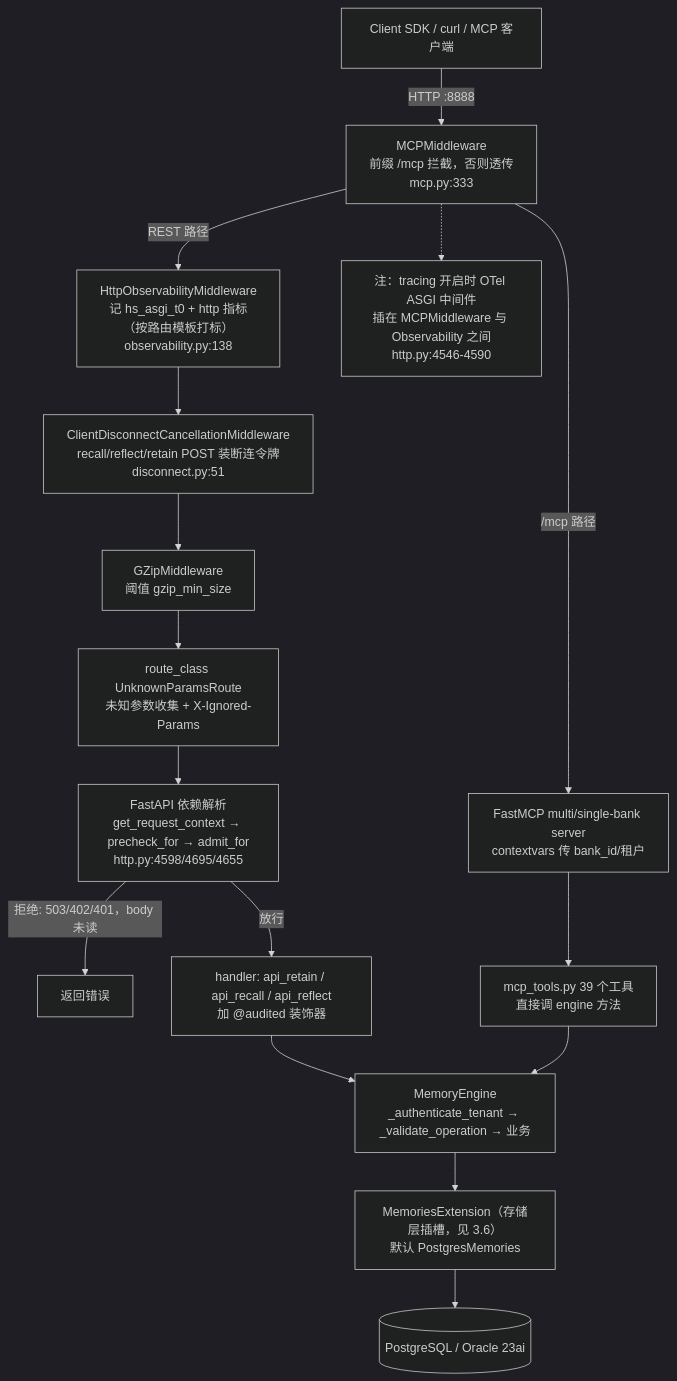
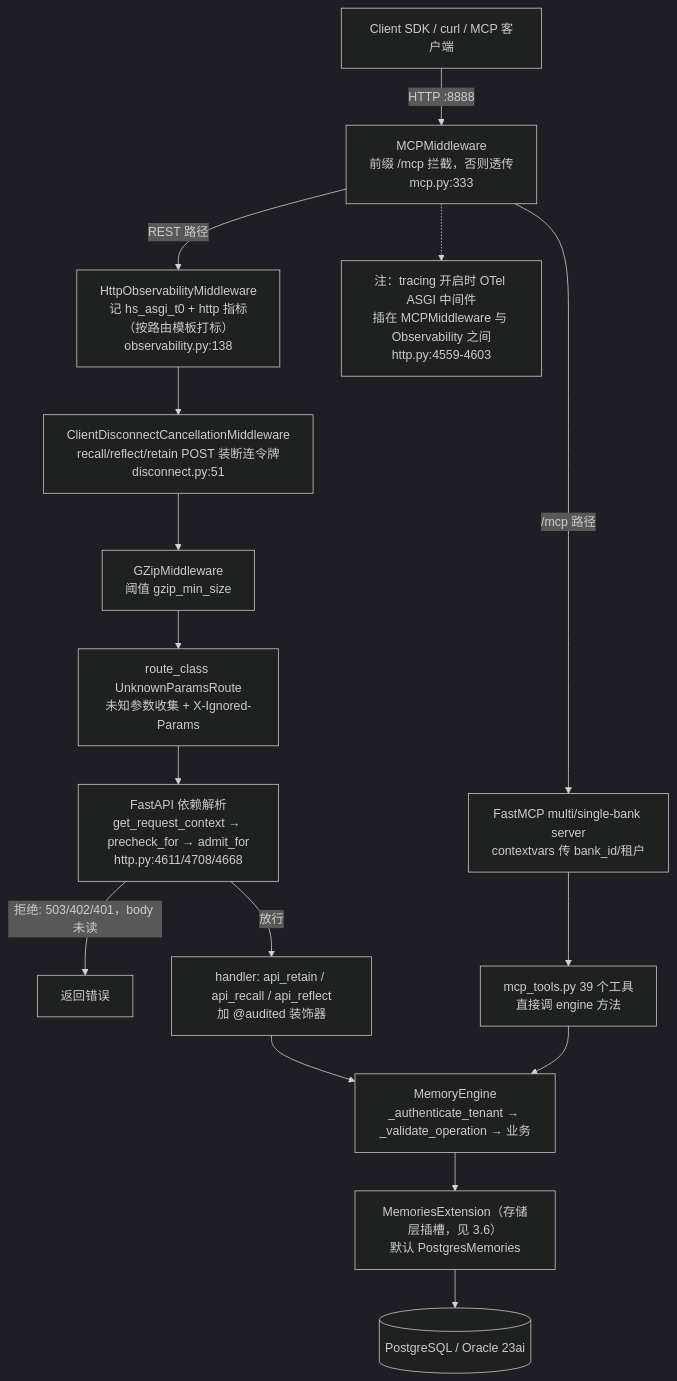
One commit to stefanv5/memory-platform-architecture changed the third of 7 diagrams in docs/hindsight/source-study/06-api-层与服务形态.md. Above: the diagram before and after it, drawn with Mermaid (dark theme). The commit also changed other lines of this file and 10 other files, not shown here.

````diff
--- a/docs/hindsight/source-study/06-api-层与服务形态.md
+++ b/docs/hindsight/source-study/06-api-层与服务形态.md
@@ -265,18 +272,18 @@
 ```mermaid
 flowchart TD
     C["Client SDK / curl / MCP 客户端"] -->|"HTTP :8888"| MW1["MCPMiddleware<br/>前缀 /mcp 拦截，否则透传<br/>mcp.py:333"]
     MW1 -->|"REST 路径"| MW2["HttpObservabilityMiddleware<br/>记 hs_asgi_t0 + http 指标（按路由模板打标）<br/>observability.py:138"]
     MW2 --> MW3["ClientDisconnectCancellationMiddleware<br/>recall/reflect/retain POST 装断连令牌<br/>disconnect.py:51"]
     MW3 --> MW4["GZipMiddleware<br/>阈值 gzip_min_size"]
     MW4 --> ROUTE["route_class UnknownParamsRoute<br/>未知参数收集 + X-Ignored-Params"]
-    ROUTE --> DEP["FastAPI 依赖解析<br/>get_request_context → precheck_for → admit_for<br/>http.py:4598/4695/4655"]
+    ROUTE --> DEP["FastAPI 依赖解析<br/>get_request_context → precheck_for → admit_for<br/>http.py:4611/4708/4668"]
     DEP -->|"拒绝: 503/402/401，body 未读"| OUT["返回错误"]
     DEP -->|"放行"| HANDLER["handler: api_retain / api_recall / api_reflect<br/>加 @audited 装饰器"]
     HANDLER --> ENG["MemoryEngine<br/>_authenticate_tenant → _validate_operation → 业务"]
     ENG --> MEMO["MemoriesExtension（存储层插槽，见 3.6）<br/>默认 PostgresMemories"]
     MEMO --> DB[("PostgreSQL / Oracle 23ai")]
     MW1 -->|"/mcp 路径"| FASTMCP["FastMCP multi/single-bank server<br/>contextvars 传 bank_id/租户"]
-    MW1 -.-> OTELNOTE["注：tracing 开启时 OTel ASGI 中间件<br/>插在 MCPMiddleware 与 Observability 之间<br/>http.py:4546-4590"]
+    MW1 -.-> OTELNOTE["注：tracing 开启时 OTel ASGI 中间件<br/>插在 MCPMiddleware 与 Observability 之间<br/>http.py:4559-4603"]
     FASTMCP --> TOOLS["mcp_tools.py 39 个工具<br/>直接调 engine 方法"]
     TOOLS --> ENG
 ```
````
